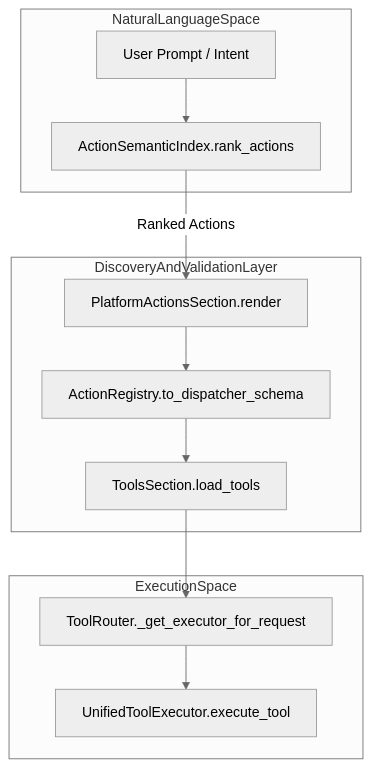
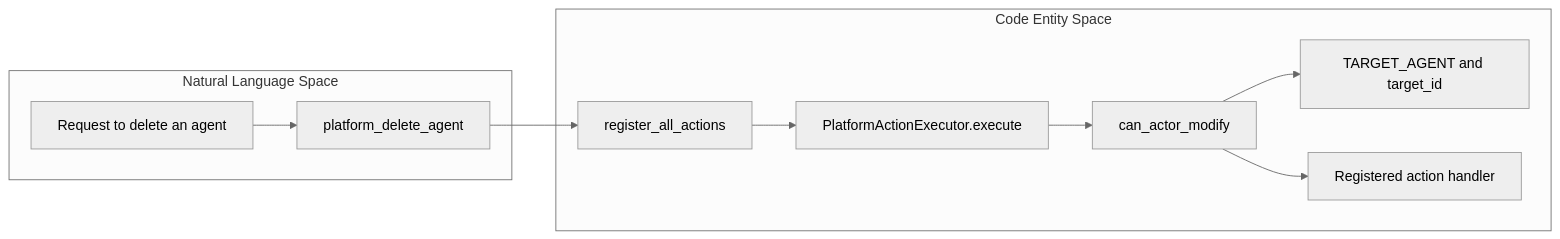
The first of 4 diagrams in docs/tools-integrations/permission-validation-system.md (AutomatosAI/automatos-ai), drawn with Mermaid (neutral theme) before and after one commit. The commit also changed other lines of this file and 188 other files, not shown here.

First line of the commit message:
docs: refresh architecture docs and add coverage for new subsystems (#1416)

````diff
--- a/docs/tools-integrations/permission-validation-system.md
+++ b/docs/tools-integrations/permission-validation-system.md
@@ -59,25 +82,20 @@
 ```mermaid
-graph TD
-    subgraph "NaturalLanguageSpace"
-        UserMsg["User Prompt / Intent"]
-        SemanticIdx["ActionSemanticIndex.rank_actions"]
+flowchart LR
+    subgraph NaturalLanguageSpace["Natural Language Space"]
+        Prompt["Request to delete an agent"]
+        ToolCall["platform_delete_agent"]
     end
-
-    subgraph "DiscoveryAndValidationLayer"
-        Reg["ActionRegistry.to_dispatcher_schema"]
-        SecSection["PlatformActionsSection.render"]
-        ToolSec["ToolsSection.load_tools"]
+    subgraph CodeEntitySpace["Code Entity Space"]
+        Registry["register_all_actions"]
+        Executor["PlatformActionExecutor.execute"]
+        Gate["can_actor_modify"]
+        Target["TARGET_AGENT and target_id"]
+        Handler["Registered action handler"]
     end
-
-    subgraph "ExecutionSpace"
-        Exec["UnifiedToolExecutor.execute_tool"]
-        Router["ToolRouter._get_executor_for_request"]
-    end
-
-    UserMsg --> SemanticIdx
-    SemanticIdx -->|Ranked Actions| SecSection
-    SecSection --> Reg
-    Reg --> ToolSec
-    ToolSec --> Router
-    Router --> Exec
+    Prompt --> ToolCall
+    ToolCall --> Registry
+    Registry --> Executor
+    Executor --> Gate
+    Gate --> Target
+    Gate --> Handler
 ```
````
